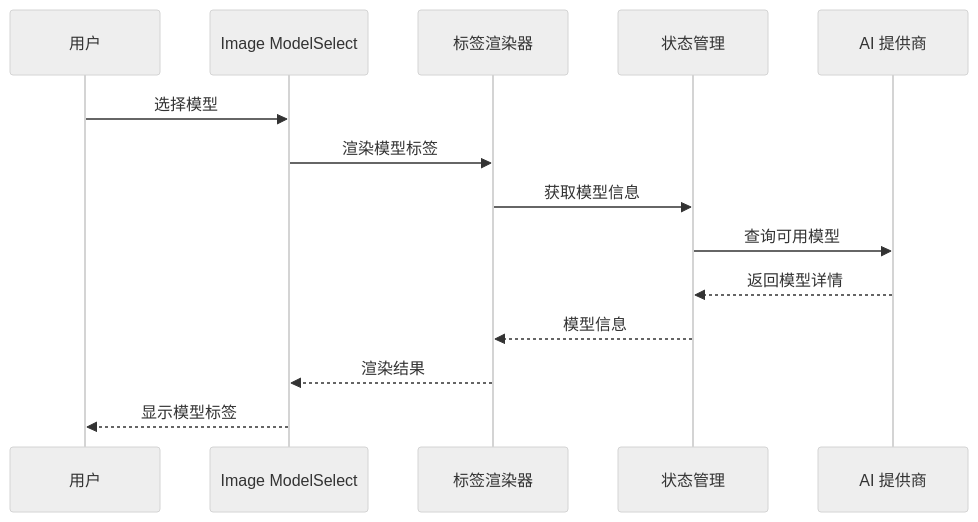
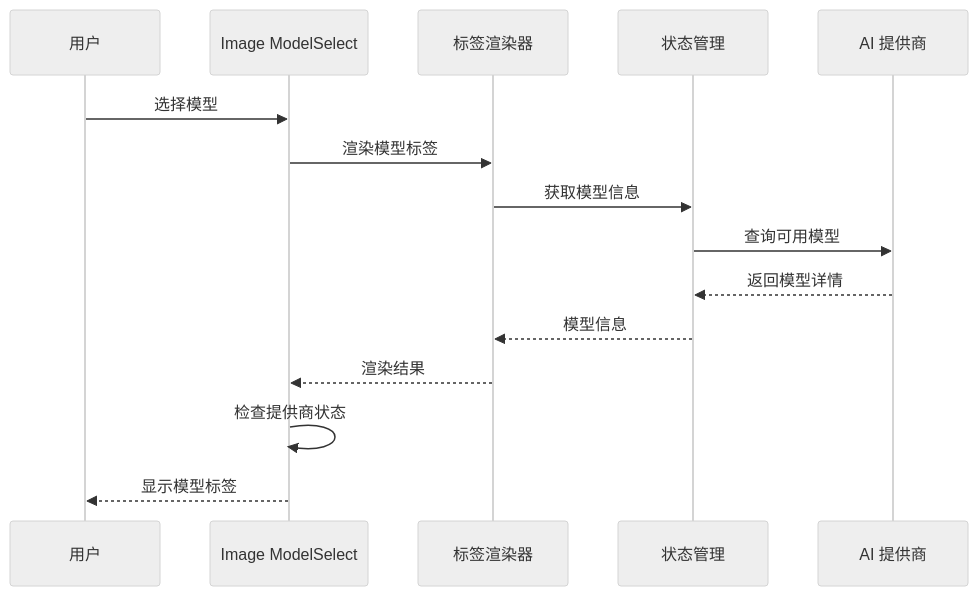
The eighth of 12 diagrams in .qoder/repowiki/zh/content/核心功能模块/模型选择器增强.md (AvatoLabs/avato), drawn with Mermaid (neutral theme) before and after one commit. The commit also changed other lines of this file and 23 other files, not shown here.

````diff
--- a/.qoder/repowiki/zh/content/核心功能模块/模型选择器增强.md
+++ b/.qoder/repowiki/zh/content/核心功能模块/模型选择器增强.md
@@ -236,16 +381,17 @@
 ```mermaid
 sequenceDiagram
 participant User as 用户
 participant ImageMS as Image ModelSelect
 participant LabelRender as 标签渲染器
 participant Store as 状态管理
 participant Provider as AI 提供商
 User->>ImageMS : 选择模型
 ImageMS->>LabelRender : 渲染模型标签
 LabelRender->>Store : 获取模型信息
 Store->>Provider : 查询可用模型
 Provider-->>Store : 返回模型详情
 Store-->>LabelRender : 模型信息
 LabelRender-->>ImageMS : 渲染结果
+ImageMS->>ImageMS : 检查提供商状态
 ImageMS-->>User : 显示模型标签
 ```
````
